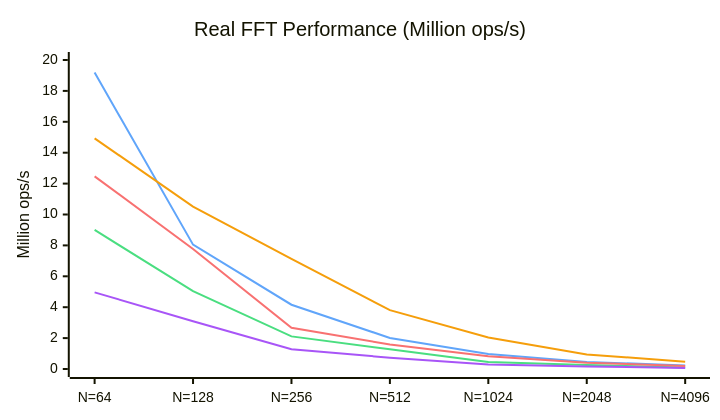
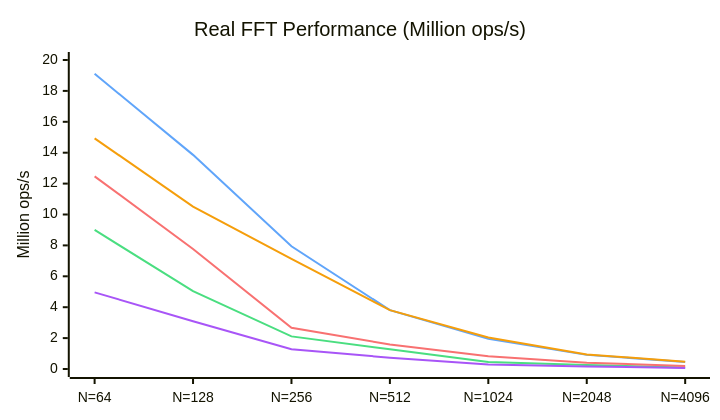
Before and after one commit to EmNudge/wat-fft: the second of 2 diagrams in README.md, drawn with Mermaid. The commit also changed other lines of this file and 5 other files, not shown here.

````diff
--- a/README.md
+++ b/README.md
@@ -69,20 +69,20 @@
 ```mermaid
 ---
 config:
     xyChart:
         width: 700
         height: 400
     themeVariables:
         xyChart:
             plotColorPalette: "#4ade80, #60a5fa, #f87171, #f59e0b, #a855f7"
 ---
 xychart-beta
     title "Real FFT Performance (Million ops/s)"
     x-axis [N=64, N=128, N=256, N=512, N=1024, N=2048, N=4096]
     y-axis "Million ops/s" 0 --> 20
     line [9.00, 5.04, 2.11, 1.28, 0.456, 0.262, 0.099]
-    line [19.19, 8.05, 4.16, 2.01, 0.968, 0.461, 0.221]
+    line [19.11, 13.86, 7.94, 3.81, 1.95, 0.914, 0.452]
     line [12.47, 7.77, 2.67, 1.59, 0.824, 0.407, 0.197]
     line [14.93, 10.51, 7.13, 3.81, 2.04, 0.941, 0.474]
     line [4.96, 3.09, 1.28, 0.732, 0.293, 0.163, 0.066]
 ```
````
